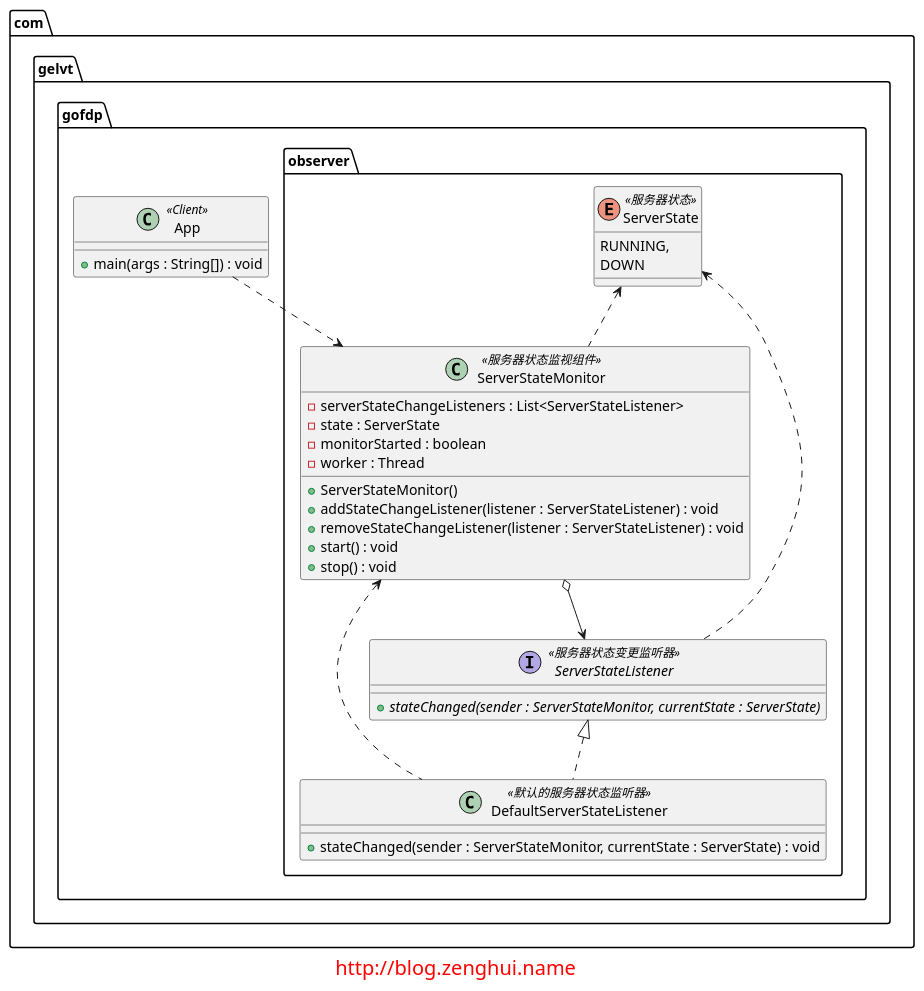
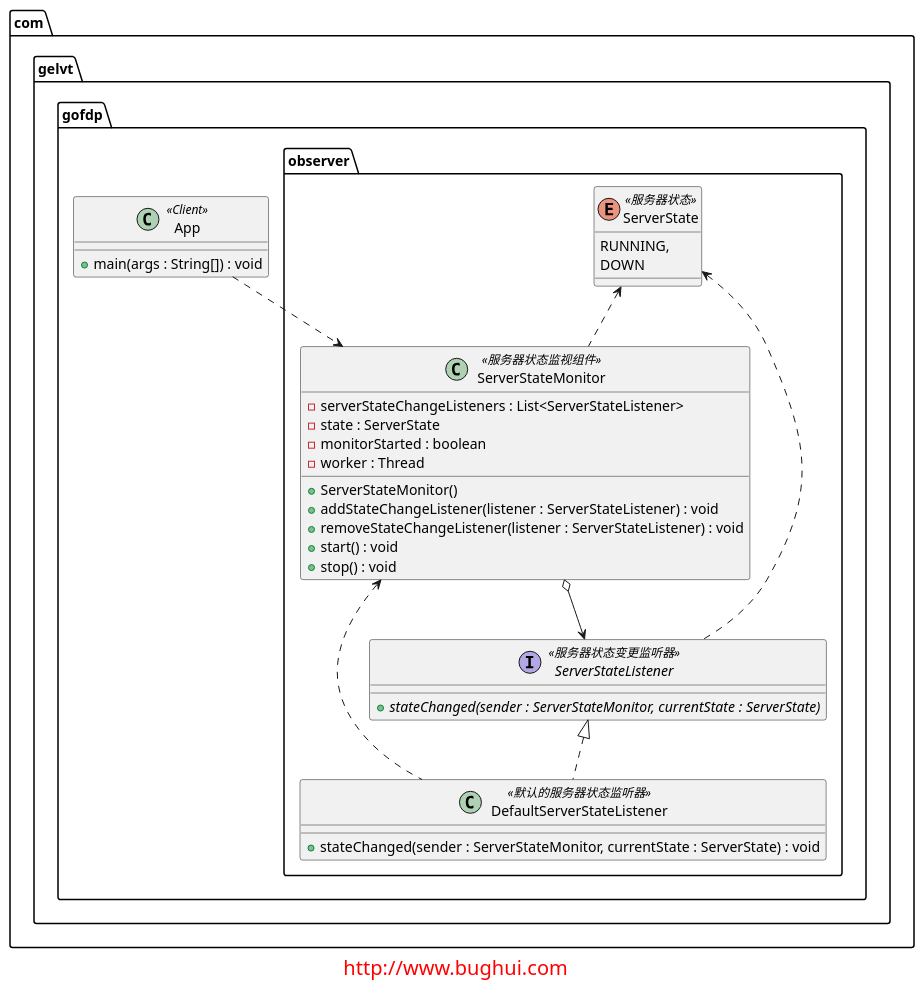
Before and after one commit to elvinzeng/java-design-pattern-samples: the diagram in observer/diagrams/observer.puml, drawn with PlantUML. The commit also changed 103 other files, not shown here.

```diff
--- a/observer/diagrams/observer.puml
+++ b/observer/diagrams/observer.puml
@@ -1,50 +1,50 @@
 @startuml
 
 package com.gelvt.gofdp.observer{
 
     enum ServerState <<服务器状态>> {
         RUNNING,
         DOWN
     }
 
     interface ServerStateListener <<服务器状态变更监听器>>{
         + {abstract} stateChanged(sender : ServerStateMonitor, currentState : ServerState)
     }
 
     class ServerStateMonitor <<服务器状态监视组件>> {
         - serverStateChangeListeners : List<ServerStateListener>
         - state : ServerState
         - monitorStarted : boolean
         - worker : Thread
         + ServerStateMonitor()
         + addStateChangeListener(listener : ServerStateListener) : void
         + removeStateChangeListener(listener : ServerStateListener) : void
         + start() : void
         + stop() : void
     }
 
     class DefaultServerStateListener <<默认的服务器状态监听器>> {
         + stateChanged(sender : ServerStateMonitor, currentState : ServerState) : void
     }
 
     ServerState <.. ServerStateMonitor
     ServerState <.. ServerStateListener
     ServerStateMonitor o--> ServerStateListener
     ServerStateListener <|.. DefaultServerStateListener
     ServerStateMonitor <.. DefaultServerStateListener
 }
 
 package com.gelvt.gofdp{
     class App <<Client>>{
         + main(args : String[]) : void
     }
 }
 
 App ..> ServerStateMonitor
 
 
 footer
-<font size="20" color="red">http://blog.zenghui.name</font>
+<font size="20" color="red">http://www.bughui.com</font>
 endfooter
 
 @enduml
```
